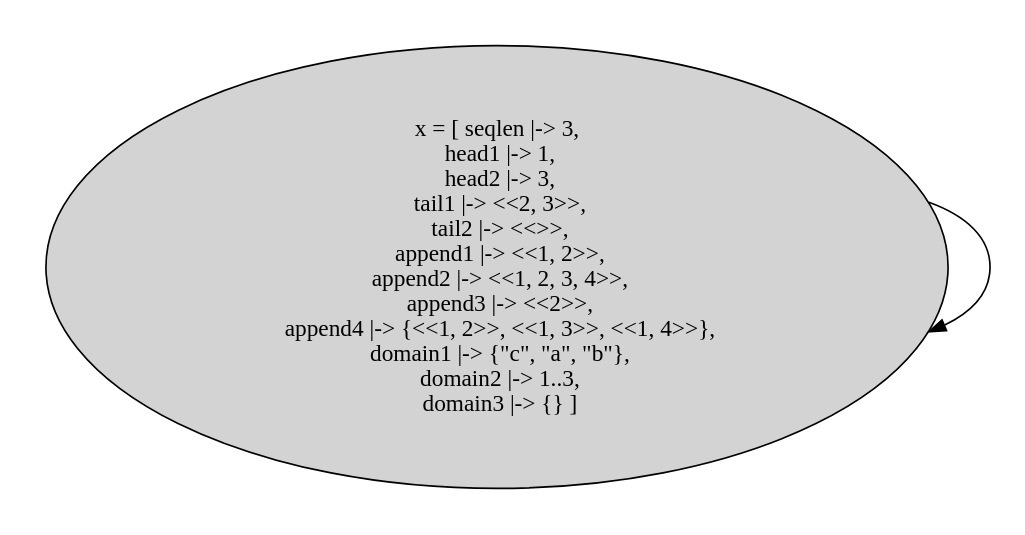
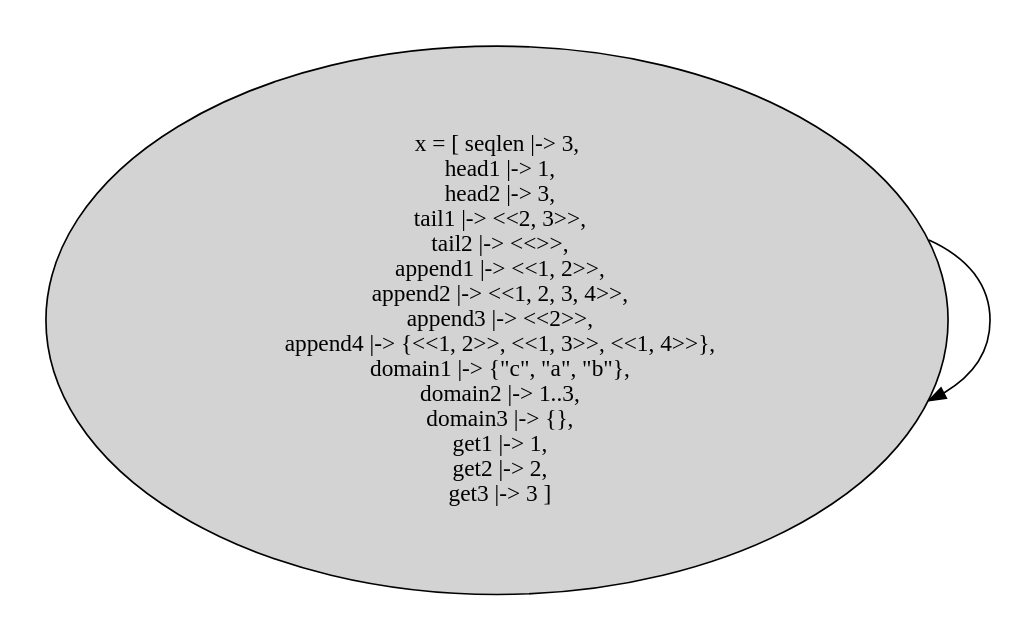
One commit to will62794/tla-web changed the diagram in specs/with_state_graphs/simple_seq.tla.dot. Above: the diagram before and after it, drawn with Graphviz. The commit also changed 10 other files, not shown here.

```diff
--- a/specs/with_state_graphs/simple_seq.tla.dot
+++ b/specs/with_state_graphs/simple_seq.tla.dot
@@ -1,9 +1,9 @@
 strict digraph DiskGraph {
 nodesep=0.35;
 subgraph cluster_graph {
 color="white";
--763524058986375738 [label="x = [ seqlen |-> 3,\n  head1 |-> 1,\n  head2 |-> 3,\n  tail1 |-> <<2, 3>>,\n  tail2 |-> <<>>,\n  append1 |-> <<1, 2>>,\n  append2 |-> <<1, 2, 3, 4>>,\n  append3 |-> <<2>>,\n  append4 |-> {<<1, 2>>, <<1, 3>>, <<1, 4>>},\n  domain1 |-> {\"c\", \"a\", \"b\"},\n  domain2 |-> 1..3,\n  domain3 |-> {} ]",style = filled]
--763524058986375738 -> -763524058986375738 [label="",color="black",fontcolor="black"];
-{rank = same; -763524058986375738;}
+7623645382437179022 [label="x = [ seqlen |-> 3,\n  head1 |-> 1,\n  head2 |-> 3,\n  tail1 |-> <<2, 3>>,\n  tail2 |-> <<>>,\n  append1 |-> <<1, 2>>,\n  append2 |-> <<1, 2, 3, 4>>,\n  append3 |-> <<2>>,\n  append4 |-> {<<1, 2>>, <<1, 3>>, <<1, 4>>},\n  domain1 |-> {\"c\", \"a\", \"b\"},\n  domain2 |-> 1..3,\n  domain3 |-> {},\n  get1 |-> 1,\n  get2 |-> 2,\n  get3 |-> 3 ]",style = filled]
+7623645382437179022 -> 7623645382437179022 [label="",color="black",fontcolor="black"];
+{rank = same; 7623645382437179022;}
 }
 }
```
